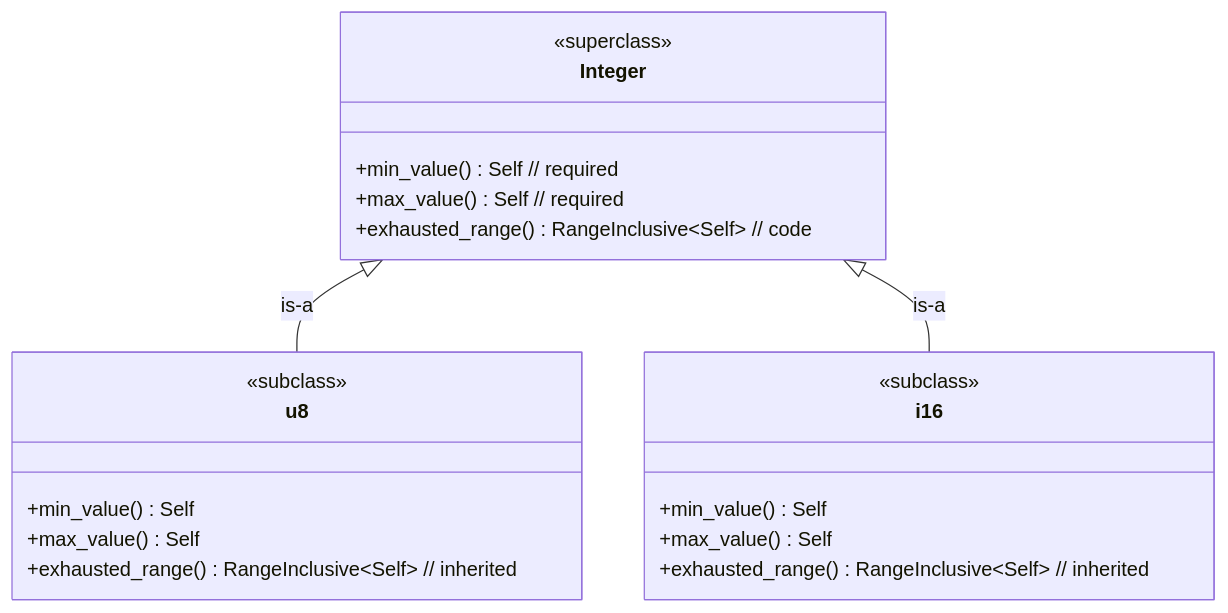
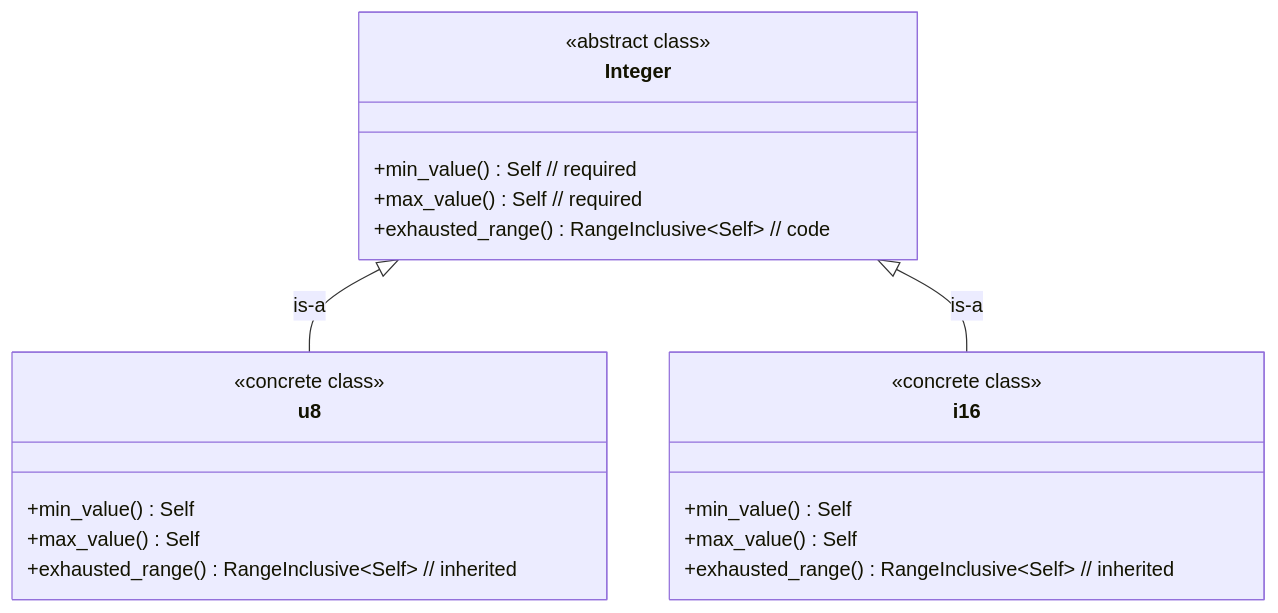
Before and after one commit to CarlKCarlK/inherit: the diagram in examples/1_puzzle.md, drawn with Mermaid. The commit also changed 8 other files, not shown here.

````diff
--- a/examples/1_puzzle.md
+++ b/examples/1_puzzle.md
@@ -5,28 +5,28 @@
 ```mermaid
 classDiagram
     direction TB
 
     class Integer {
-        <<superclass>>
+        <<abstract class>>
         +min_value() Self // required
         +max_value() Self // required
         +exhausted_range() RangeInclusive~Self~  // code
     }
 
     class u8 {
-        <<subclass>>
+        <<concrete class>>
         +min_value() Self
         +max_value() Self
         +exhausted_range() RangeInclusive~Self~  // inherited
     }
 
     class i16 {
-        <<subclass>>
+        <<concrete class>>
         +min_value() Self
         +max_value() Self
         +exhausted_range() RangeInclusive~Self~  // inherited
     }
 
     Integer <|-- u8 : is-a
     Integer <|-- i16 : is-a
 ```
````
